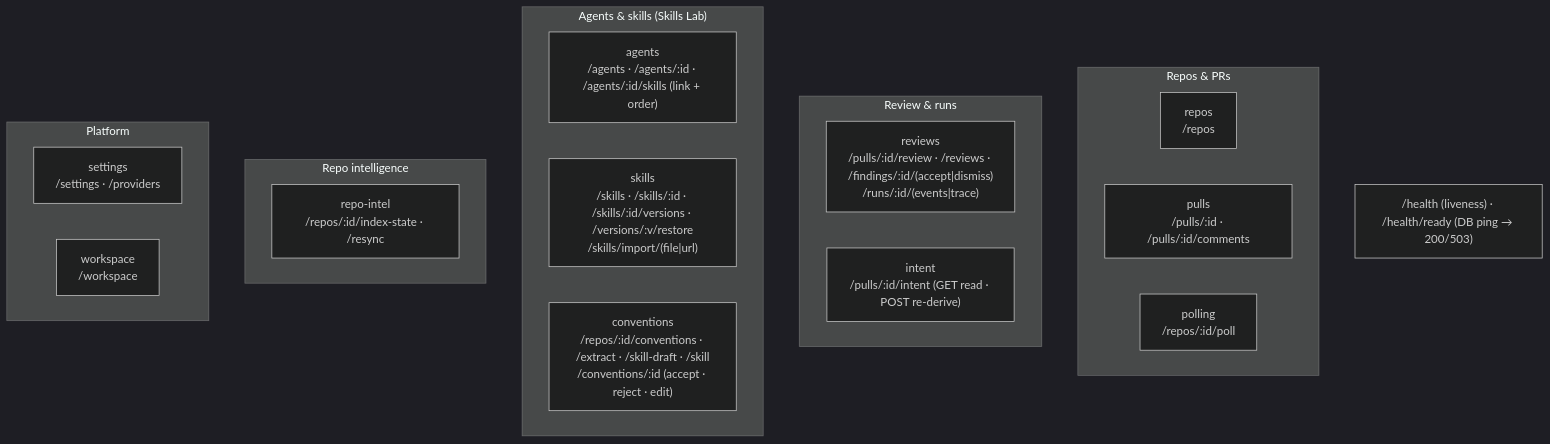
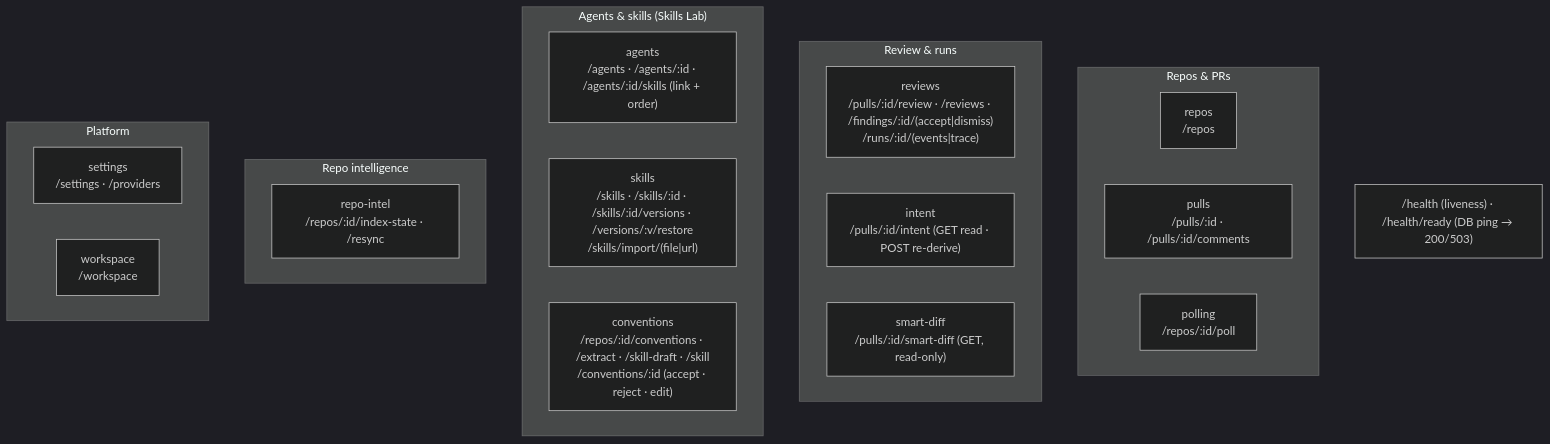
One commit to yrazub/dev-digest changed the second of 2 diagrams in server/README.md. Above: the diagram before and after it, drawn with Mermaid (dark theme). The commit also changed other lines of this file and 12 other files, not shown here.

Commit message:
docs(smart-diff): document the route, the grouped tab and flow 11

````diff
--- a/server/README.md
+++ b/server/README.md
@@ -68,25 +68,26 @@
 ```mermaid
 flowchart TB
   subgraph Repos_PRs["Repos & PRs"]
     repos["repos<br/>/repos"]
     pulls["pulls<br/>/pulls/:id · /pulls/:id/comments"]
     polling["polling<br/>/repos/:id/poll"]
   end
   subgraph Review["Review & runs"]
     reviews["reviews<br/>/pulls/:id/review · /reviews · /findings/:id/(accept|dismiss)<br/>/runs/:id/(events|trace)"]
     intent["intent<br/>/pulls/:id/intent (GET read · POST re-derive)"]
+    smartDiff["smart-diff<br/>/pulls/:id/smart-diff (GET, read-only)"]
   end
   subgraph Agents["Agents & skills (Skills Lab)"]
     agents["agents<br/>/agents · /agents/:id · /agents/:id/skills (link + order)"]
     skills["skills<br/>/skills · /skills/:id · /skills/:id/versions · /versions/:v/restore<br/>/skills/import/(file|url)"]
     conventions["conventions<br/>/repos/:id/conventions · /extract · /skill-draft · /skill<br/>/conventions/:id (accept · reject · edit)"]
   end
   subgraph Intel["Repo intelligence"]
     repoIntel["repo-intel<br/>/repos/:id/index-state · /resync"]
   end
   subgraph Platform["Platform"]
     settings["settings<br/>/settings · /providers"]
     workspace["workspace<br/>/workspace"]
   end
   HEALTH["/health (liveness) · /health/ready (DB ping → 200/503)"]
 ```
````
